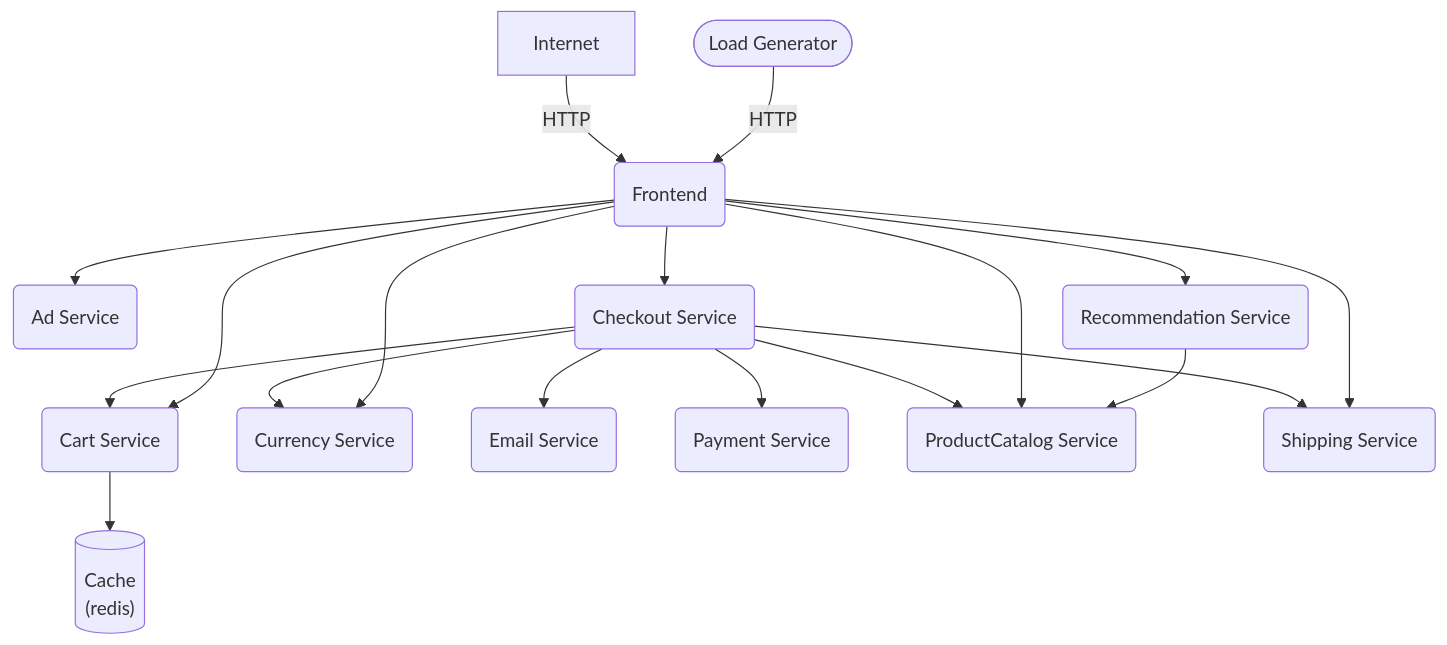
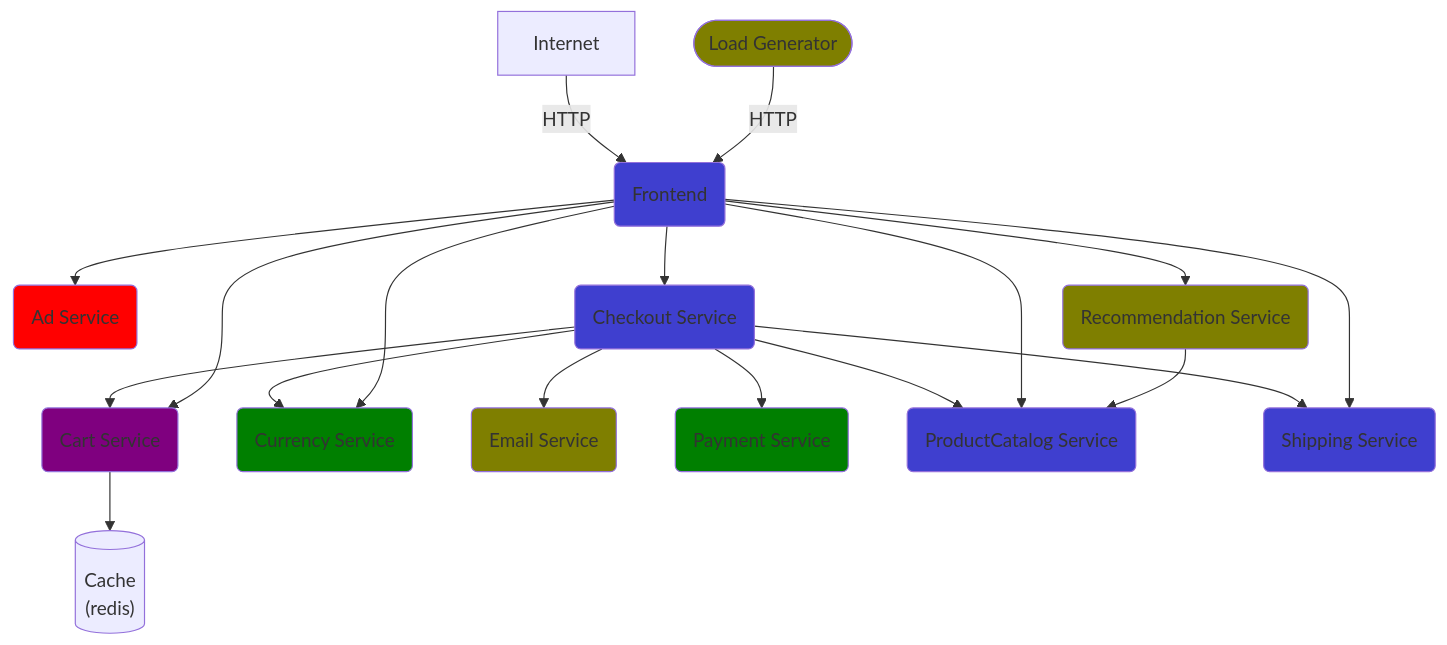
One commit to open-telemetry/opentelemetry-demo changed the diagram in README.md. Above: the diagram before and after it, drawn with Mermaid.

````diff
--- a/README.md
+++ b/README.md
@@ -26,34 +26,42 @@
 ```mermaid
+
 graph TD
 
-adservice(Ad Service)
+classDef dotnet fill:#7F007F
+classDef golang fill:#3F3FCF
+classDef java   fill:#FF0000
+classDef nodejs fill:#007F00
+classDef python fill:#7F7F00
+
+
+adservice(Ad Service):::java
 cache[(Cache<br/>&#40redis&#41)]
-cartservice(Cart Service)
-checkoutservice(Checkout Service)
-currencyservice(Currency Service)
-emailservice(Email Service)
-frontend(Frontend)
-loadgenerator([Load Generator])
-paymentservice(Payment Service)
-productcatalogservice(ProductCatalog Service)
-recommendationservice(Recommendation Service)
-shippingservice(Shipping Service)
+cartservice(Cart Service):::dotnet
+checkoutservice(Checkout Service):::golang
+currencyservice(Currency Service):::nodejs
+emailservice(Email Service):::python
+frontend(Frontend):::golang
+loadgenerator([Load Generator]):::python
+paymentservice(Payment Service):::nodejs
+productcatalogservice(ProductCatalog Service):::golang
+recommendationservice(Recommendation Service):::python
+shippingservice(Shipping Service):::golang
 
 Internet -->|HTTP| frontend
 loadgenerator -->|HTTP| frontend
 
 checkoutservice --> cartservice --> cache
 checkoutservice --> productcatalogservice
 checkoutservice --> currencyservice
 checkoutservice --> emailservice
 checkoutservice --> paymentservice
 checkoutservice --> shippingservice
 
 frontend --> adservice
 frontend --> cartservice
 frontend --> productcatalogservice
 frontend --> checkoutservice
 frontend --> currencyservice
 frontend --> recommendationservice --> productcatalogservice
 frontend --> shippingservice
 ```
````
